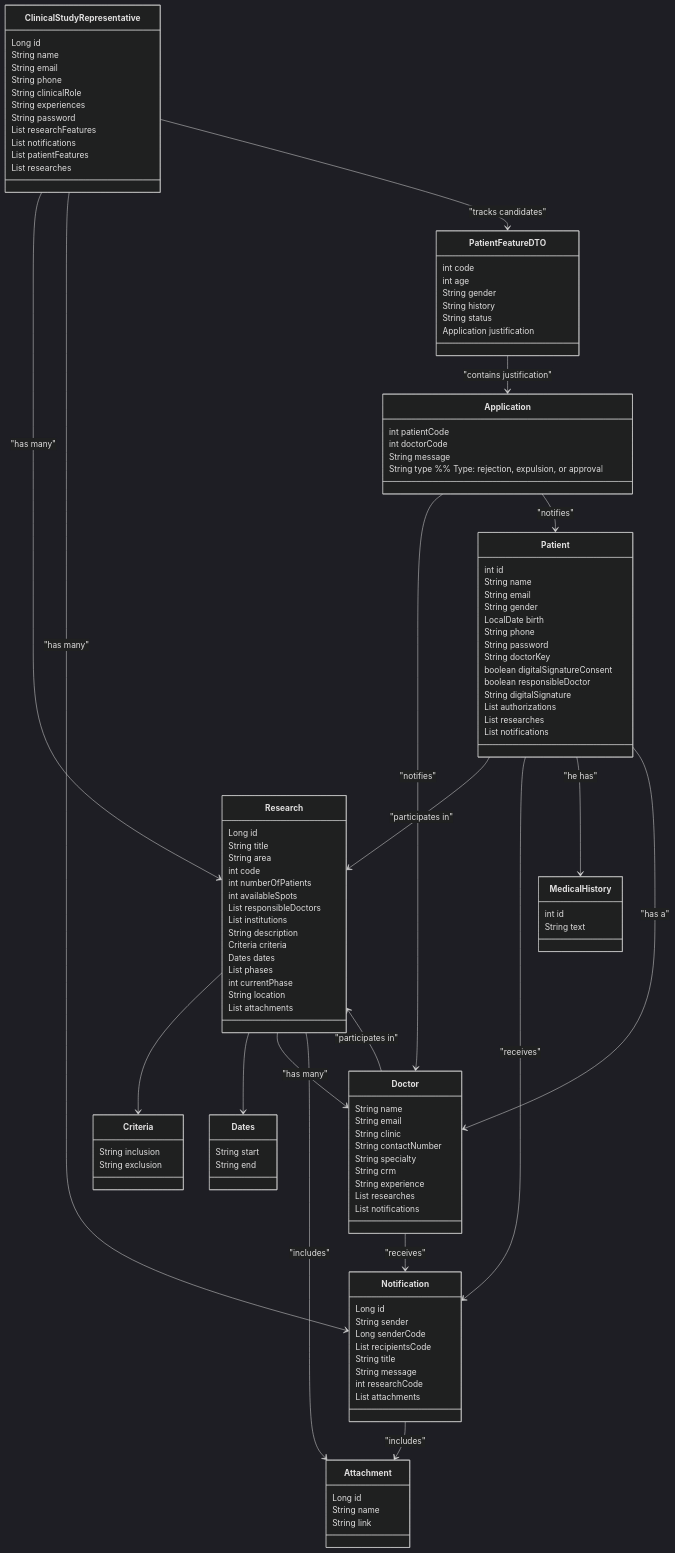
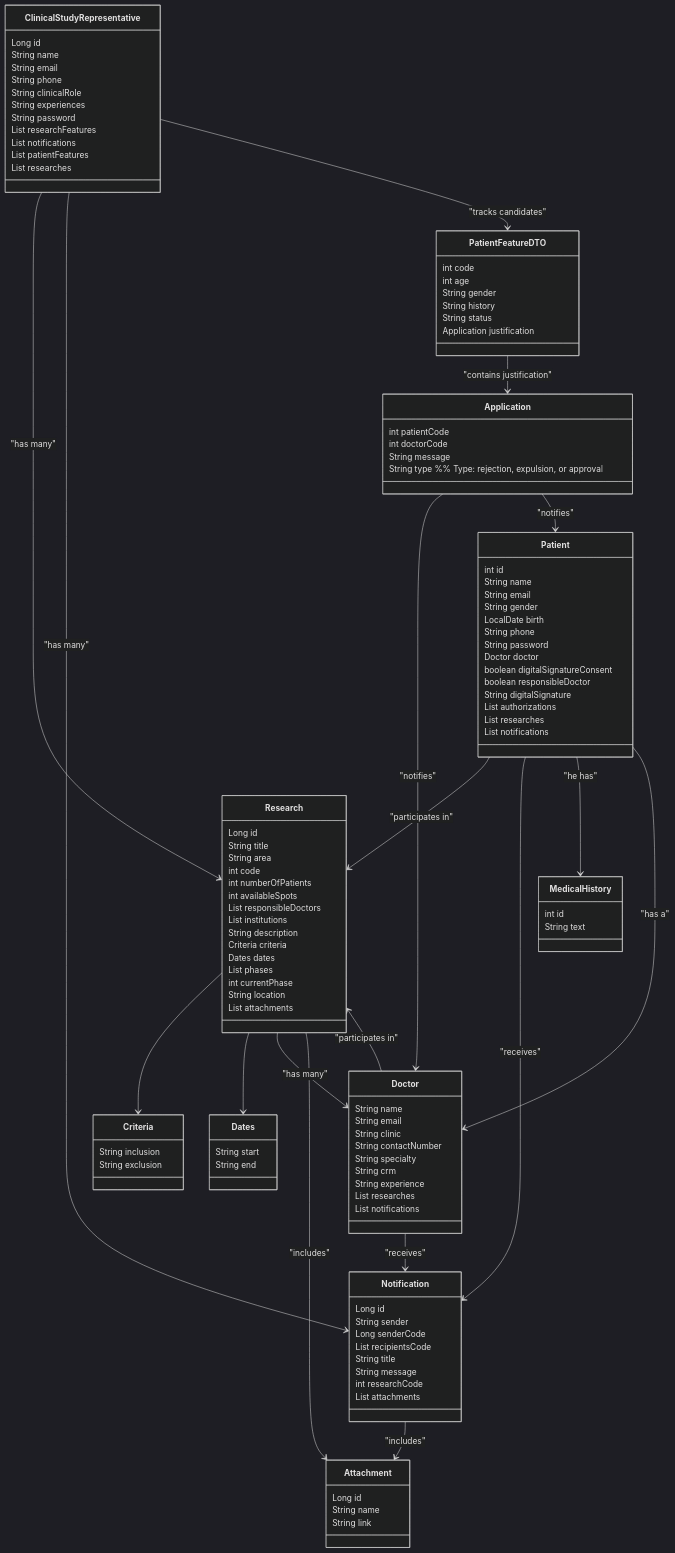
One commit to andrefilipe1310/inovamed- changed the third of 15 diagrams in README.md. Above: the diagram before and after it, drawn with Mermaid (dark theme).

```diff
--- a/README.md
+++ b/README.md
@@ -116,7 +116,7 @@
         LocalDate birth
         String phone
         String password
-        String doctorKey
+        Doctor doctor
         boolean digitalSignatureConsent
         boolean responsibleDoctor
         String digitalSignature
```
